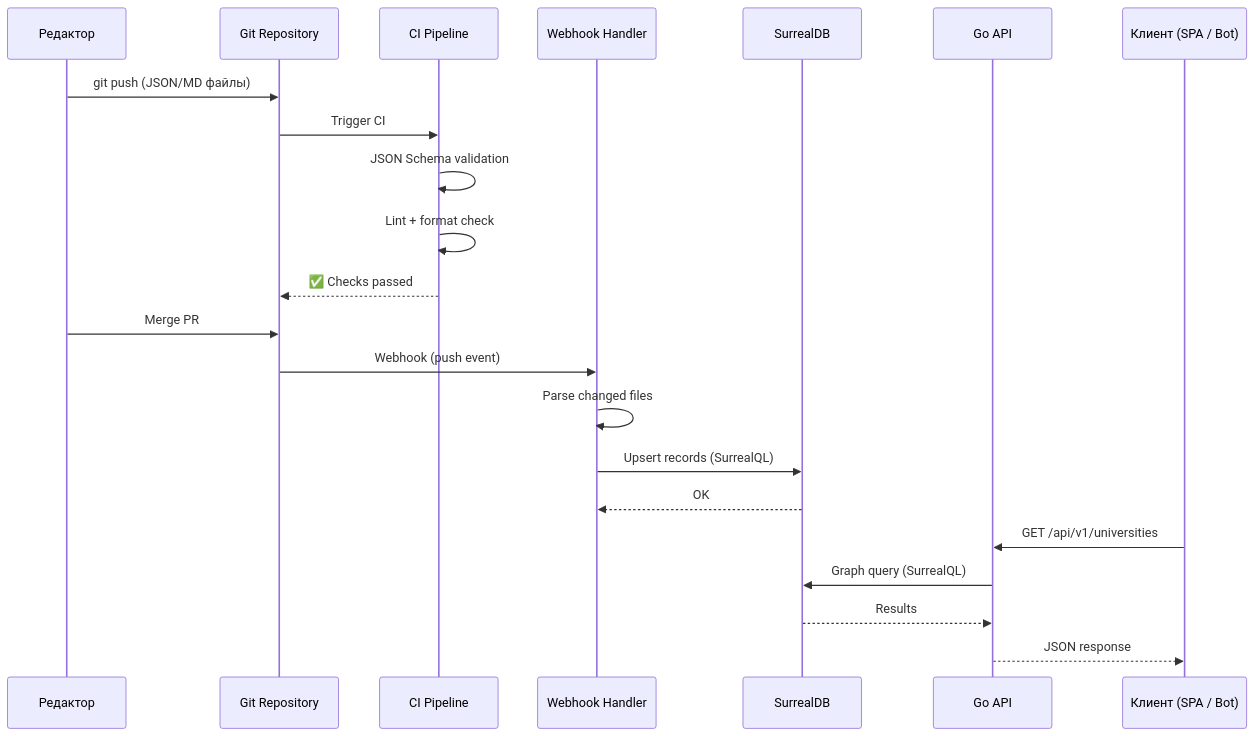
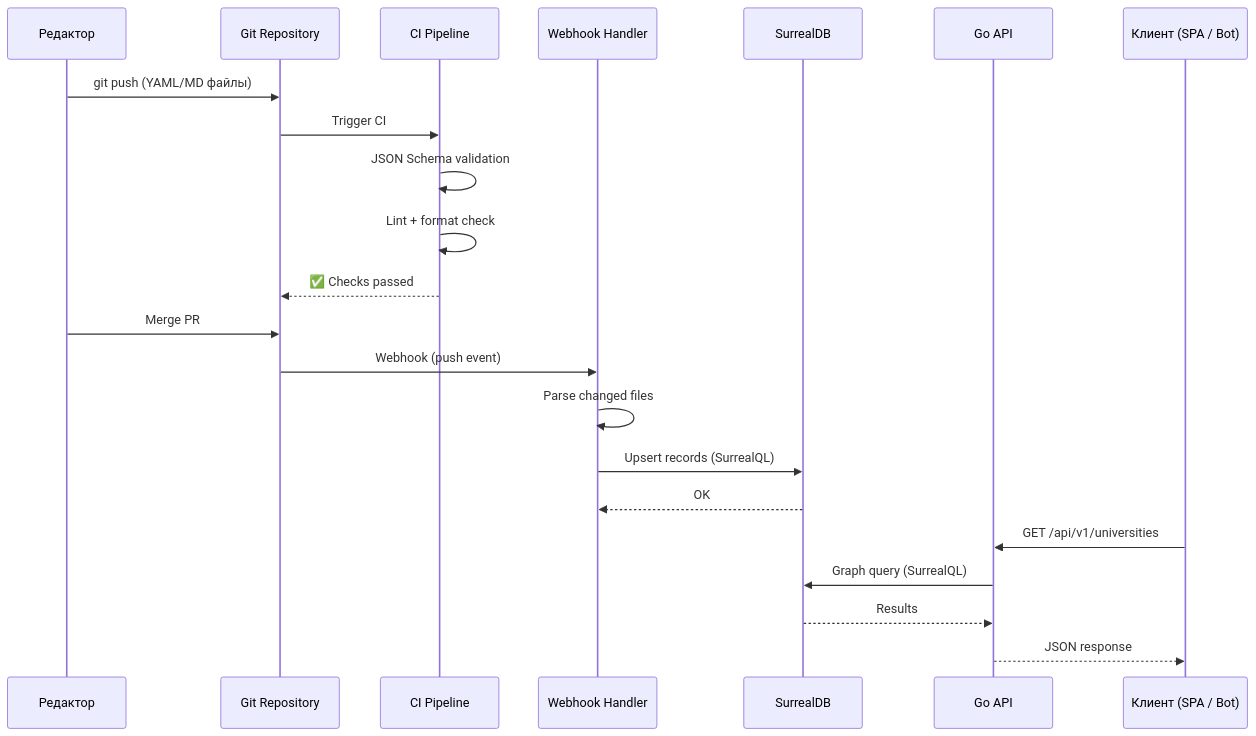
Before and after one commit to Map130/Universities_KZ: the second of 2 diagrams in docs/system-design/01-executive-summary.md, drawn with Mermaid. The commit also changed other lines of this file and 15 other files, not shown here.

````diff
--- a/docs/system-design/01-executive-summary.md
+++ b/docs/system-design/01-executive-summary.md
@@ -91,27 +91,27 @@
 ```mermaid
 sequenceDiagram
     participant E as Редактор
     participant G as Git Repository
     participant CI as CI Pipeline
     participant W as Webhook Handler
     participant DB as SurrealDB
     participant API as Go API
     participant C as Клиент (SPA / Bot)
 
-    E->>G: git push (JSON/MD файлы)
+    E->>G: git push (YAML/MD файлы)
     G->>CI: Trigger CI
     CI->>CI: JSON Schema validation
     CI->>CI: Lint + format check
     CI-->>G: ✅ Checks passed
 
     E->>G: Merge PR
     G->>W: Webhook (push event)
     W->>W: Parse changed files
     W->>DB: Upsert records (SurrealQL)
     DB-->>W: OK
 
     C->>API: GET /api/v1/universities
     API->>DB: Graph query (SurrealQL)
     DB-->>API: Results
     API-->>C: JSON response
 ```
````
